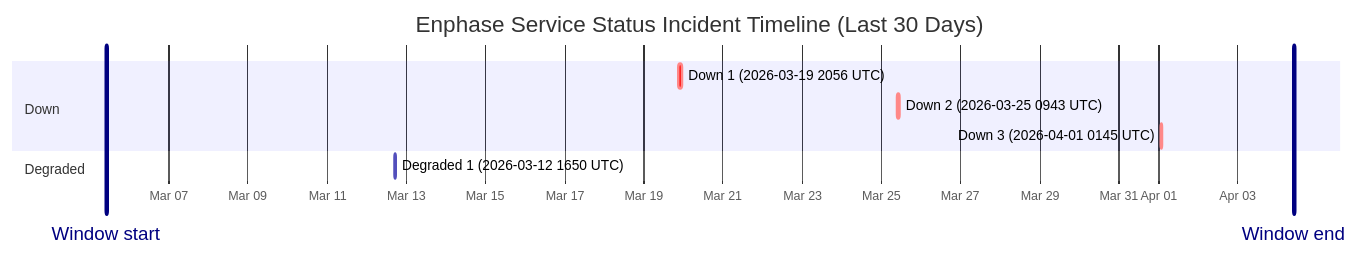
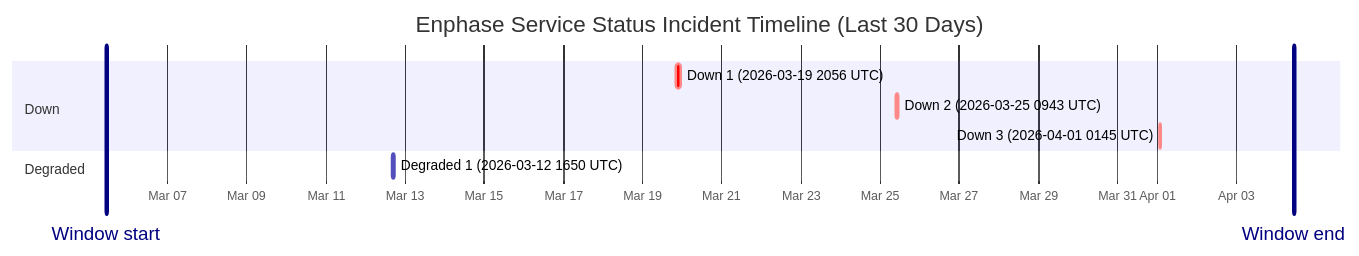
The diagram in wiki/Service-Status-History.md (barneyonline/ha-enphase-ev-charger), drawn with Mermaid before and after one commit. The commit also changed other lines of this file and 3 other files, not shown here.

````diff
--- a/wiki/Service-Status-History.md
+++ b/wiki/Service-Status-History.md
@@ -14,14 +14,14 @@
 ```mermaid
 gantt
     title Enphase Service Status Incident Timeline (Last 30 Days)
     dateFormat  YYYY-MM-DDTHH:mm:ss
     axisFormat  %b %d
-    Window start :vert, window-start, 2026-03-05T10:00:54, 0ms
-    Window end :vert, window-end, 2026-04-04T10:00:54, 0ms
+    Window start :vert, window-start, 2026-03-05T10:59:04, 0ms
+    Window end :vert, window-end, 2026-04-04T10:59:04, 0ms
     section Down
     Down 1 (2026-03-19 2056 UTC) :crit, down-1, 2026-03-19T20:56:20, 145m
     Down 2 (2026-03-25 0943 UTC) :crit, down-2, 2026-03-25T09:43:28, 111m
     Down 3 (2026-04-01 0145 UTC) :crit, down-3, 2026-04-01T01:45:09, 60m
     section Degraded
     Degraded 1 (2026-03-12 1650 UTC) :active, degraded-1, 2026-03-12T16:50:43, 60m
 ```
````
